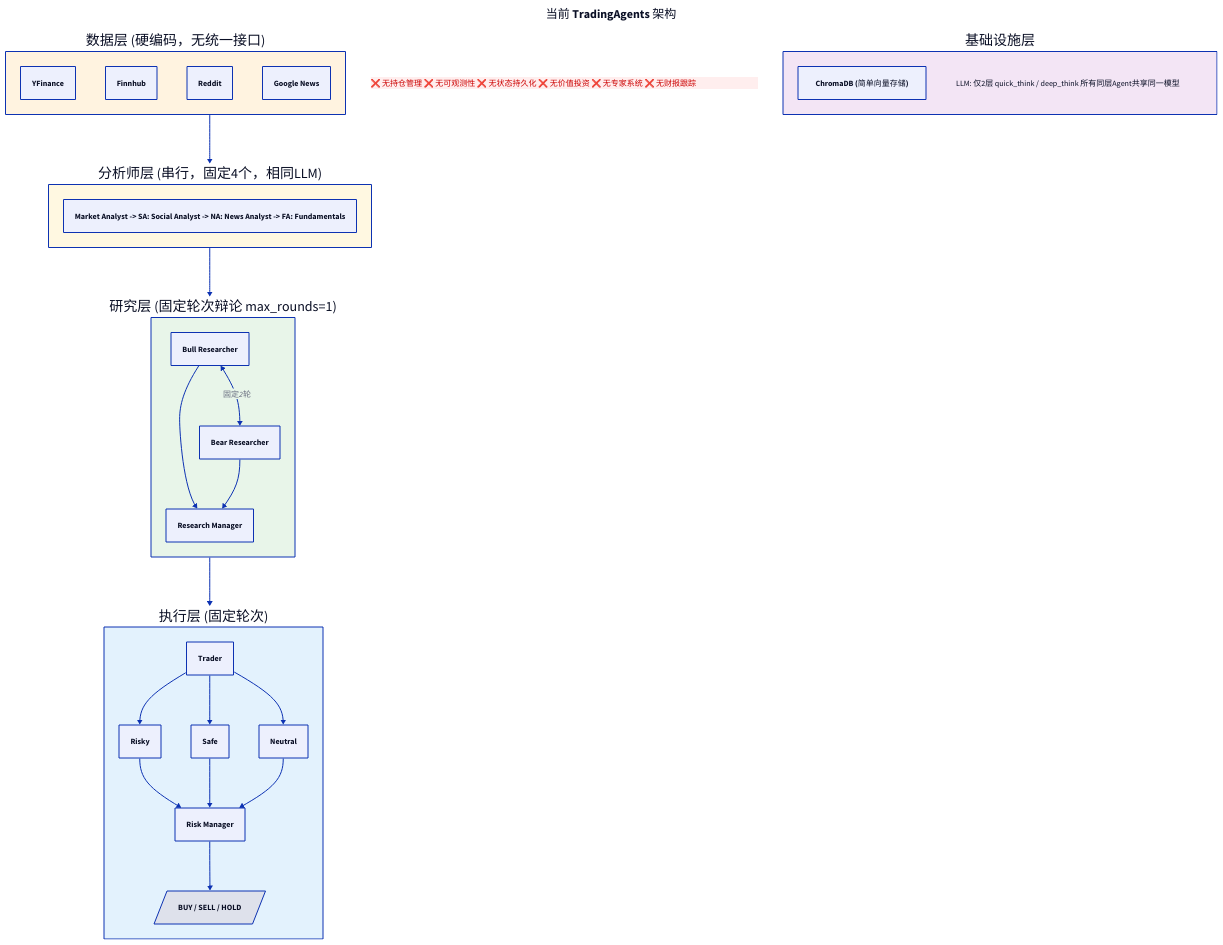
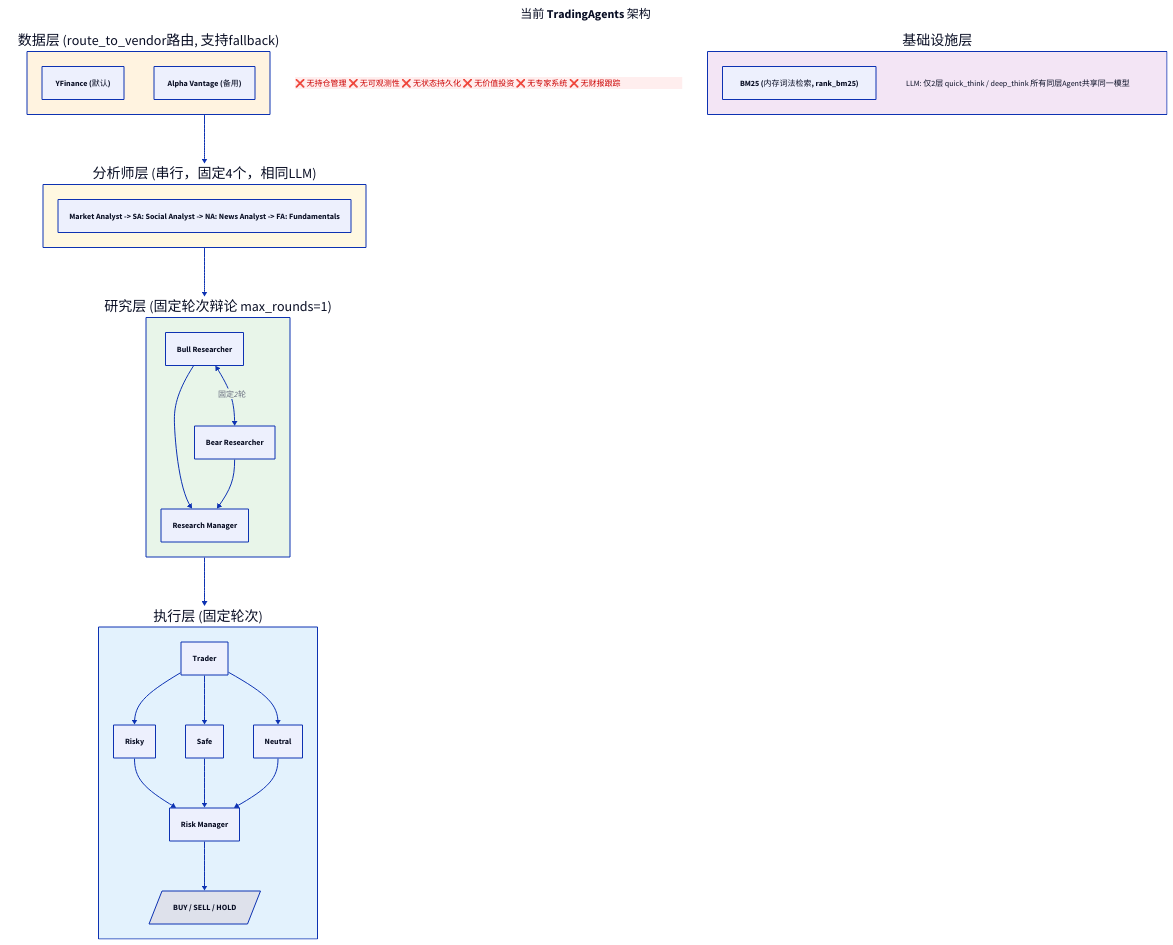
One commit to ZacBi/TradingAgents changed the diagram in docs/arch/01-current-architecture.d2. Above: the diagram before and after it, drawn with D2. The commit also changed 1 other file, not shown here.

Commit message:
docs(trading-agent-architecture-analysis): 完成架构分析文档

```diff
--- a/docs/arch/01-current-architecture.d2
+++ b/docs/arch/01-current-architecture.d2
@@ -1,71 +1,69 @@
 direction: down
 
 title: 当前 TradingAgents 架构 {
   near: top-center
   shape: text
   style.font-size: 24
   style.bold: true
 }
 
-DataLayer: 数据层 (硬编码，无统一接口) {
+DataLayer: 数据层 (route_to_vendor路由, 支持fallback) {
   style.fill: "#fff3e0"
-  YF: YFinance
-  FH: Finnhub
-  RD: Reddit
-  GN: Google News
+  YF: YFinance (默认)
+  AV: Alpha Vantage (备用)
 }
 
 AnalystLayer: 分析师层 (串行，固定4个，相同LLM) {
   style.fill: "#fff8e1"
   direction: right
   MA: Market Analyst -> SA: Social Analyst -> NA: News Analyst -> FA: Fundamentals
 }
 
 ResearchLayer: 研究层 (固定轮次辩论 max_rounds=1) {
   style.fill: "#e8f5e9"
   Bull: Bull Researcher
   Bear: Bear Researcher
   RM: Research Manager
   Bull <-> Bear: 固定2轮
   Bull -> RM
   Bear -> RM
 }
 
 ExecLayer: 执行层 (固定轮次) {
   style.fill: "#e3f2fd"
   Trader
   Risky
   Safe
   Neutral
   RiskMgr: Risk Manager
   Output: BUY / SELL / HOLD {
     shape: parallelogram
   }
   Trader -> Risky
   Trader -> Safe
   Trader -> Neutral
   Risky -> RiskMgr
   Safe -> RiskMgr
   Neutral -> RiskMgr
   RiskMgr -> Output
 }
 
 Infra: 基础设施层 {
   style.fill: "#f3e5f5"
-  ChromaDB: ChromaDB (简单向量存储)
+  BM25: BM25 (内存词法检索, rank_bm25)
   LLM: |md
     LLM: 仅2层 quick_think / deep_think
     所有同层Agent共享同一模型
   |
 }
 
 Missing: |md
   ❌ 无持仓管理  ❌ 无可观测性  ❌ 无状态持久化
   ❌ 无价值投资  ❌ 无专家系统  ❌ 无财报跟踪
 | {
   style.fill: "#fee"
   style.stroke: "#f66"
   style.font-color: "#c00"
 }
 
 DataLayer -> AnalystLayer -> ResearchLayer -> ExecLayer
```
